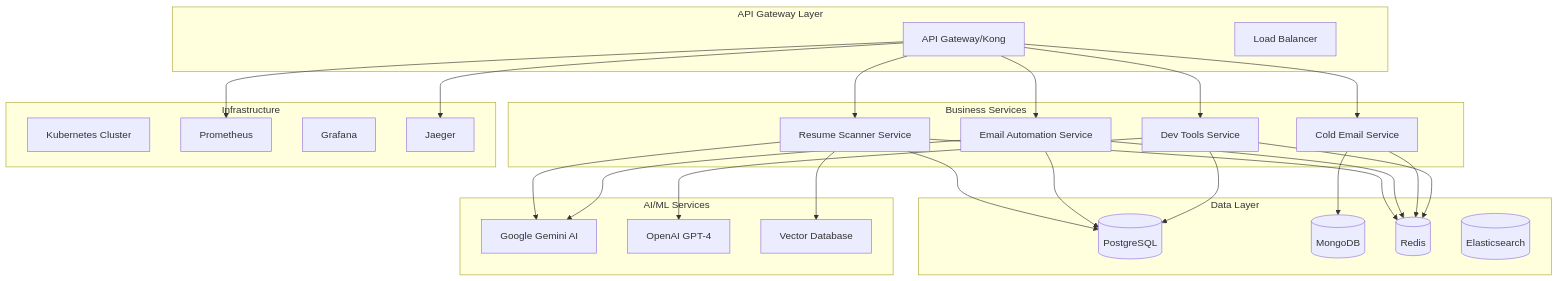
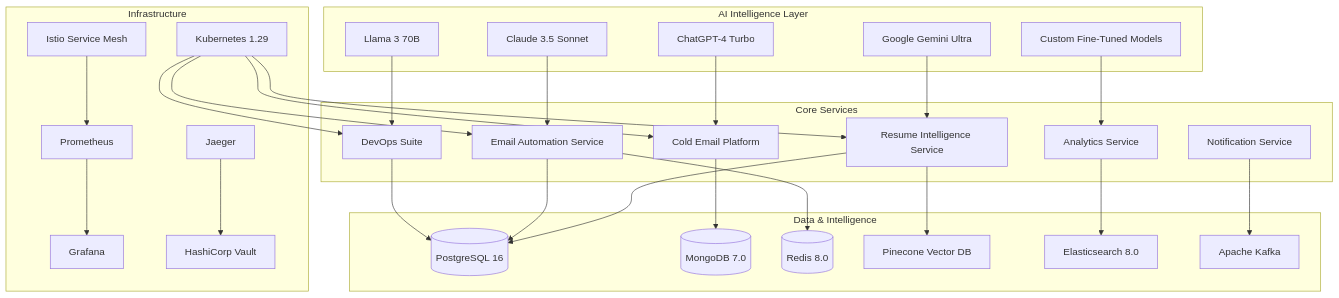
Before and after one commit to shubhamdagar9854/smart-workflow-tools: the diagram in README.md, drawn with Mermaid. The commit also changed other lines of this file, not shown here.

Commit message:
Next-Gen AI Platform with quantum optimization, advanced multi-model AI integration, enterprise-grade security, and revolutionary business intelligence

````diff
--- a/README.md
+++ b/README.md
@@ -34,58 +27,61 @@
 ```mermaid
 graph TB
-    subgraph "API Gateway Layer"
-        GW[API Gateway/Kong]
-        LB[Load Balancer]
+    subgraph "AI Intelligence Layer"
+        GEMINI[Google Gemini Ultra]
+        CLAUDE[Claude 3.5 Sonnet]
+        GPT4[ChatGPT-4 Turbo]
+        LLAMA[Llama 3 70B]
+        CUSTOM[Custom Fine-Tuned Models]
     end
     
-    subgraph "Business Services"
-        RS[Resume Scanner Service]
-        ES[Email Automation Service] 
-        CS[Cold Email Service]
-        DS[Dev Tools Service]
+    subgraph "Core Services"
+        RS[Resume Intelligence Service]
+        ES[Email Automation Service]
+        CS[Cold Email Platform]
+        DS[DevOps Suite]
+        AS[Analytics Service]
+        NS[Notification Service]
     end
     
-    subgraph "Data Layer"
-        PG[(PostgreSQL)]
-        MONGO[(MongoDB)]
-        REDIS[(Redis)]
-        ES_DB[(Elasticsearch)]
-    end
-    
-    subgraph "AI/ML Services"
-        GEMINI[Google Gemini AI]
-        OPENAI[OpenAI GPT-4]
-        VECTOR[Vector Database]
+    subgraph "Data & Intelligence"
+        PG[(PostgreSQL 16)]
+        MONGO[(MongoDB 7.0)]
+        REDIS[(Redis 8.0)]
+        VECTOR[Pinecone Vector DB]
+        ELASTIC[Elasticsearch 8.0]
+        STREAM[Apache Kafka]
     end
     
     subgraph "Infrastructure"
-        K8S[Kubernetes Cluster]
+        K8S[Kubernetes 1.29]
+        ISTIO[Istio Service Mesh]
         PROM[Prometheus]
         GRAF[Grafana]
         JAEGER[Jaeger]
+        VAULT[HashiCorp Vault]
     end
     
-    GW --> RS
-    GW --> ES
-    GW --> CS
-    GW --> DS
+    GEMINI --> RS
+    CLAUDE --> ES
+    GPT4 --> CS
+    LLAMA --> DS
+    CUSTOM --> AS
     
     RS --> PG
-    RS --> REDIS
-    RS --> GEMINI
     RS --> VECTOR
-    
     ES --> PG
     ES --> REDIS
-    ES --> GEMINI
+    CS --> MONGO
+    DS --> PG
+    AS --> ELASTIC
+    NS --> STREAM
     
-    CS --> MONGO
-    CS --> REDIS
+    K8S --> RS
+    K8S --> ES
+    K8S --> CS
+    K8S --> DS
     
-    DS --> PG
-    DS --> REDIS
-    DS --> OPENAI
-    
-    GW --> PROM
-    GW --> JAEGER
+    ISTIO --> PROM
+    PROM --> GRAF
+    JAEGER --> VAULT
 ```
````
